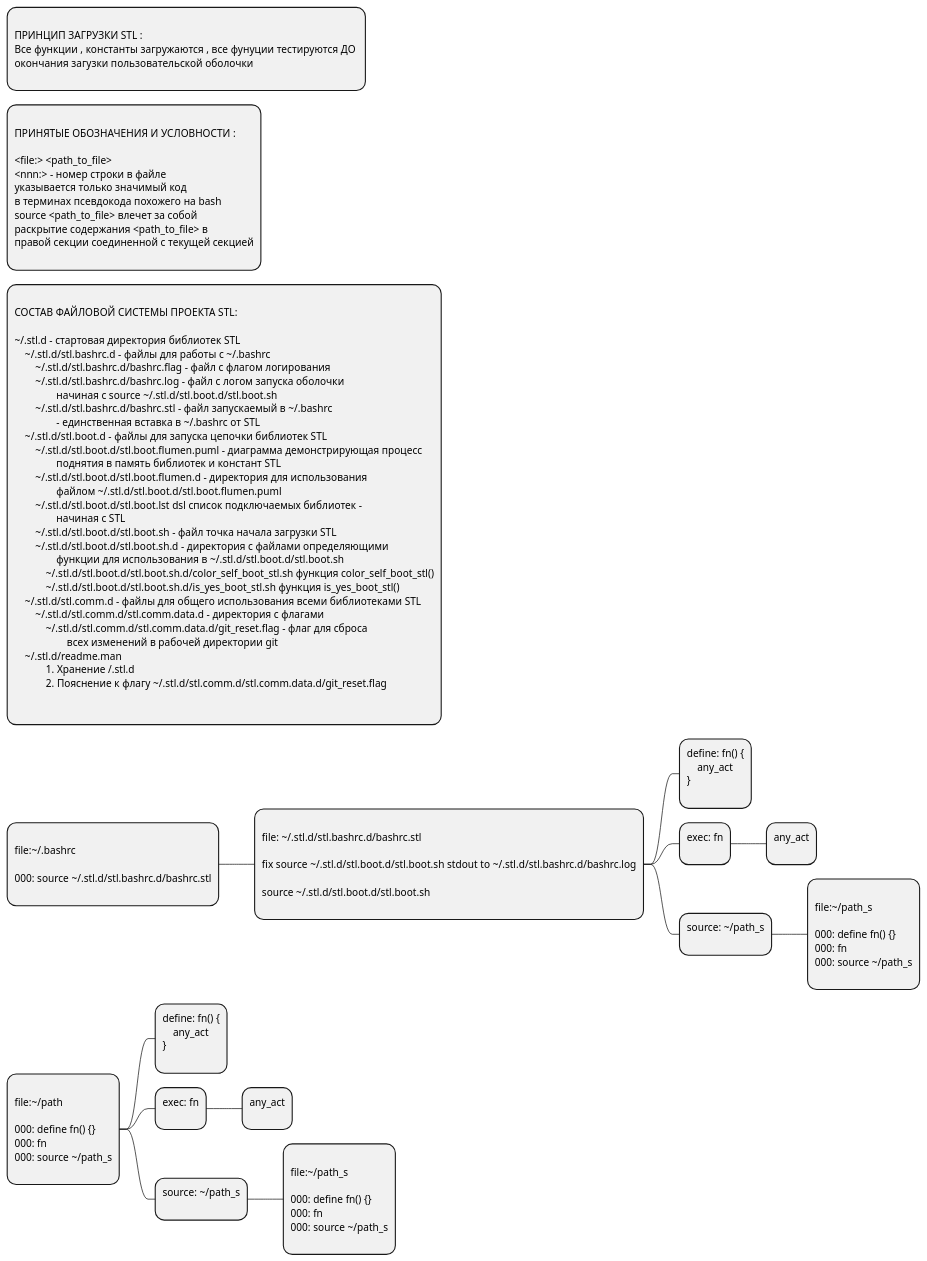
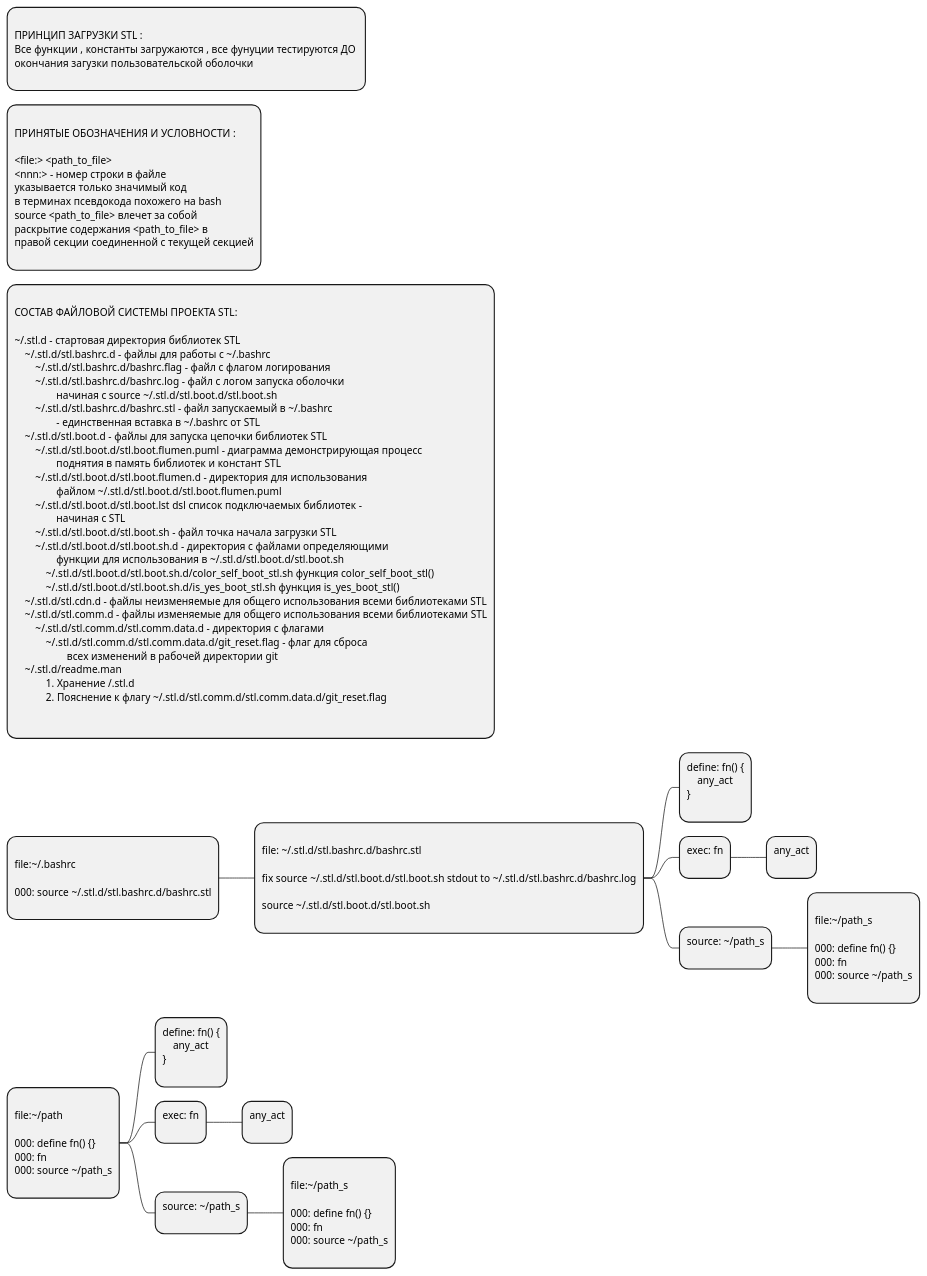
One commit to legioner9/stl changed the diagram in .d/.stl.d/stl.boot.d/stl.boot.flumen.puml. Above: the diagram before and after it, drawn with PlantUML. The commit also changed 55 other files, not shown here.

```diff
--- a/.d/.stl.d/stl.boot.d/stl.boot.flumen.puml
+++ b/.d/.stl.d/stl.boot.d/stl.boot.flumen.puml
@@ -1,120 +1,121 @@
 @startmindmap
 *:
 ПРИНЦИП ЗАГРУЗКИ STL :
 Все функции , константы загружаются , все фунуции тестируются ДО 
 окончания загузки пользовательской оболочки
 ;
 
 *:
 ПРИНЯТЫЕ ОБОЗНАЧЕНИЯ И УСЛОВНОСТИ :
 
 <file:> <path_to_file>
 <nnn:> - номер строки в файле
 указывается только значимый код 
 в терминах псевдокода похожего на bash
 source <path_to_file> влечет за собой 
 раскрытие содержания <path_to_file> в 
 правой секции соединенной с текущей секцией
 ;
 
 *:
 СОСТАВ ФАЙЛОВОЙ СИСТЕМЫ ПРОЕКТА STL:
 
 \~/.stl.d - стартовая директория библиотек STL 
     \~/.stl.d/stl.bashrc.d - файлы для работы с \~/.bashrc
         \~/.stl.d/stl.bashrc.d/bashrc.flag - файл с флагом логирования 
         \~/.stl.d/stl.bashrc.d/bashrc.log - файл с логом запуска оболочки 
                 начиная с source \~/.stl.d/stl.boot.d/stl.boot.sh 
         \~/.stl.d/stl.bashrc.d/bashrc.stl - файл запускаемый в \~/.bashrc
                 - единственная вставка в \~/.bashrc от STL
     \~/.stl.d/stl.boot.d - файлы для запуска цепочки библиотек STL
         \~/.stl.d/stl.boot.d/stl.boot.flumen.puml - диаграмма демонстрирующая процесс 
                 поднятия в память библиотек и констант STL
         \~/.stl.d/stl.boot.d/stl.boot.flumen.d - директория для использования 
                 файлом \~/.stl.d/stl.boot.d/stl.boot.flumen.puml
         \~/.stl.d/stl.boot.d/stl.boot.lst dsl список подключаемых библиотек - 
                 начиная с STL
         \~/.stl.d/stl.boot.d/stl.boot.sh - файл точка начала загрузки STL
         \~/.stl.d/stl.boot.d/stl.boot.sh.d - директория с файлами определяющими
                 функции для использования в \~/.stl.d/stl.boot.d/stl.boot.sh
             \~/.stl.d/stl.boot.d/stl.boot.sh.d/color_self_boot_stl.sh функция color_self_boot_stl()
             \~/.stl.d/stl.boot.d/stl.boot.sh.d/is_yes_boot_stl.sh функция is_yes_boot_stl()
-    \~/.stl.d/stl.comm.d - файлы для общего использования всеми библиотеками STL
+    \~/.stl.d/stl.cdn.d - файлы неизменяемые для общего использования всеми библиотеками STL
+    \~/.stl.d/stl.comm.d - файлы изменяемые для общего использования всеми библиотеками STL
         \~/.stl.d/stl.comm.d/stl.comm.data.d - директория с флагами
             \~/.stl.d/stl.comm.d/stl.comm.data.d/git_reset.flag - флаг для сброса
                     всех изменений в рабочей директории git 
     \~/.stl.d/readme.man 
             1. Хранение ~/.stl.d
             2. Пояснение к флагу \~/.stl.d/stl.comm.d/stl.comm.data.d/git_reset.flag
 
 ' ВНУТРЕННИЕ УПРАВЛЯЮЩИЕ ФАЙЛЫ
 ' USER ВНЕШНИЕ УПРАВЛЯЮЩИЕ ФАЙЛЫ
 ' USER ВНЕШНИЕ ИНФОРМАЦИОННЫЕ ФАЙЛЫ STL
 ;
 *:
 file:\~/.bashrc
 
 000: source \~/.stl.d/stl.bashrc.d/bashrc.stl
 ;
 
 **:
 file: \~/.stl.d/stl.bashrc.d/bashrc.stl
 
 fix source \~/.stl.d/stl.boot.d/stl.boot.sh stdout to \~/.stl.d/stl.bashrc.d/bashrc.log
 
 source \~/.stl.d/stl.boot.d/stl.boot.sh
 ;
 
 ***:define: fn() {
     any_act
 }
 ;
 
 ***:exec: fn
 ;
 
 ****:any_act
 ;
 
 ***:source: \~/path_s
 ;
 
 ****:
 file:\~/path_s
 
 000: define fn() {}
 000: fn 
 000: source \~/path_s
 ;
 
 *:
 file:\~/path
 
 000: define fn() {}
 000: fn 
 000: source \~/path_s
 ;
 
 **:define: fn() {
     any_act
 }
 ;
 
 **:exec: fn
 ;
 
 ***:any_act
 ;
 
 **:source: \~/path_s
 ;
 
 ***:
 file:\~/path_s
 
 000: define fn() {}
 000: fn 
 000: source \~/path_s
 ;
 
 @endmindmap
```
